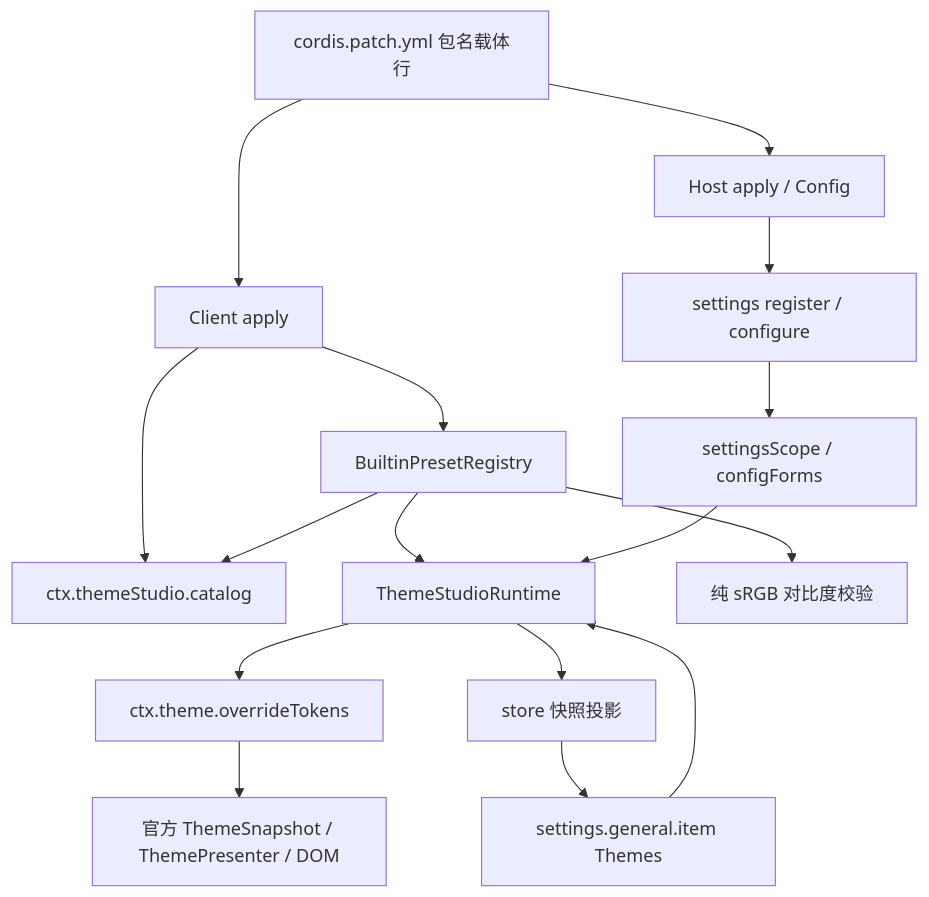
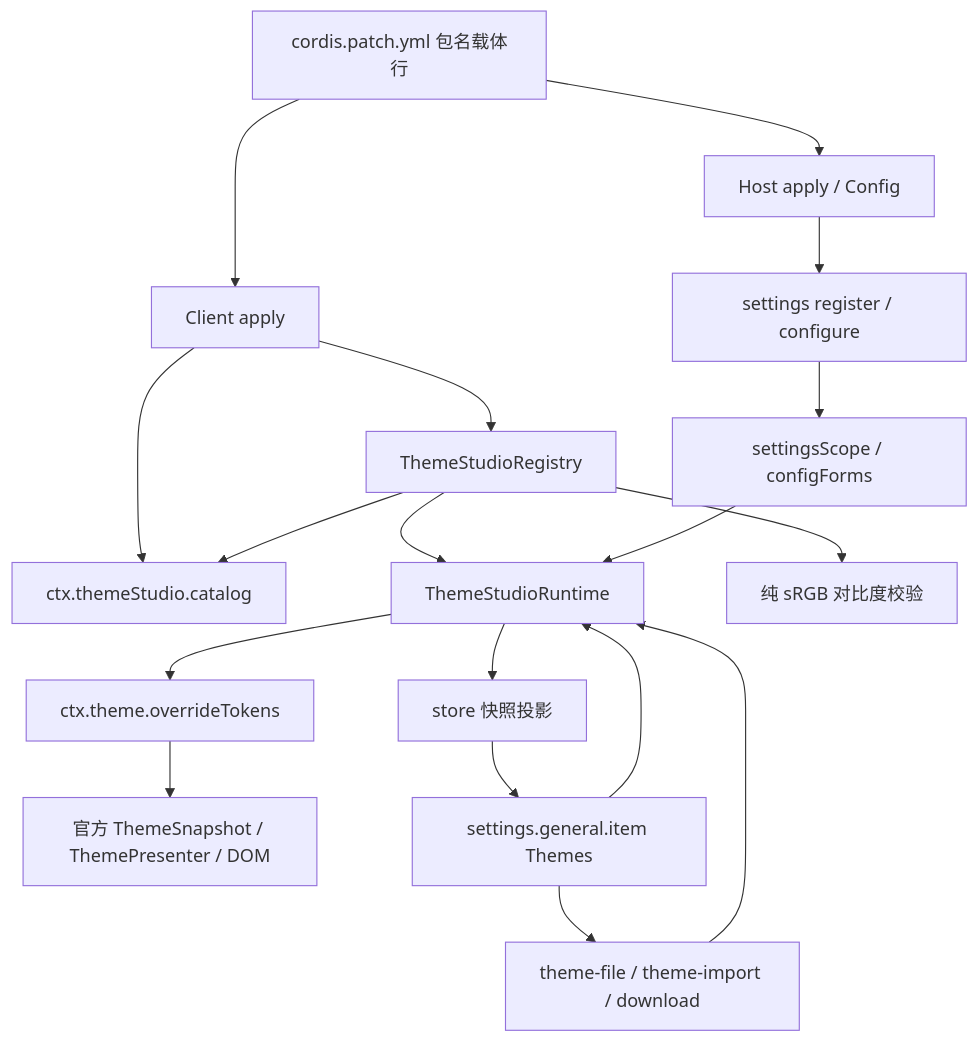
Before and after one commit to cherrchen/dsh-theme-studio: the diagram in docs/architecture/theme-studio.md, drawn with Mermaid. The commit also changed other lines of this file and 53 other files, not shown here.

First line of the commit message:
feat(client): dsh-theme.json format and theme import/export (#9)

````diff
--- a/docs/architecture/theme-studio.md
+++ b/docs/architecture/theme-studio.md
@@ -13,18 +13,20 @@
 ```mermaid
 flowchart TD
   Profile[cordis.patch.yml 包名载体行] --> Host[Host apply / Config]
   Profile --> Client[Client apply]
   Host --> Settings[settings register / configure]
   Settings --> Transport[settingsScope / configForms]
-  Client --> Catalog[BuiltinPresetRegistry]
+  Client --> Catalog[ThemeStudioRegistry]
   Client --> Service[ctx.themeStudio.catalog]
   Catalog --> Service
   Catalog --> Runtime[ThemeStudioRuntime]
   Transport --> Runtime
   Runtime --> Theme[ctx.theme.overrideTokens]
   Theme --> Presenter[官方 ThemeSnapshot / ThemePresenter / DOM]
   Runtime --> Store[store 快照投影]
   Store --> Row[settings.general.item Themes]
   Row --> Runtime
   Catalog --> Contrast[纯 sRGB 对比度校验]
+  Row --> FileIO[theme-file / theme-import / download]
+  FileIO --> Runtime
 ```
````
